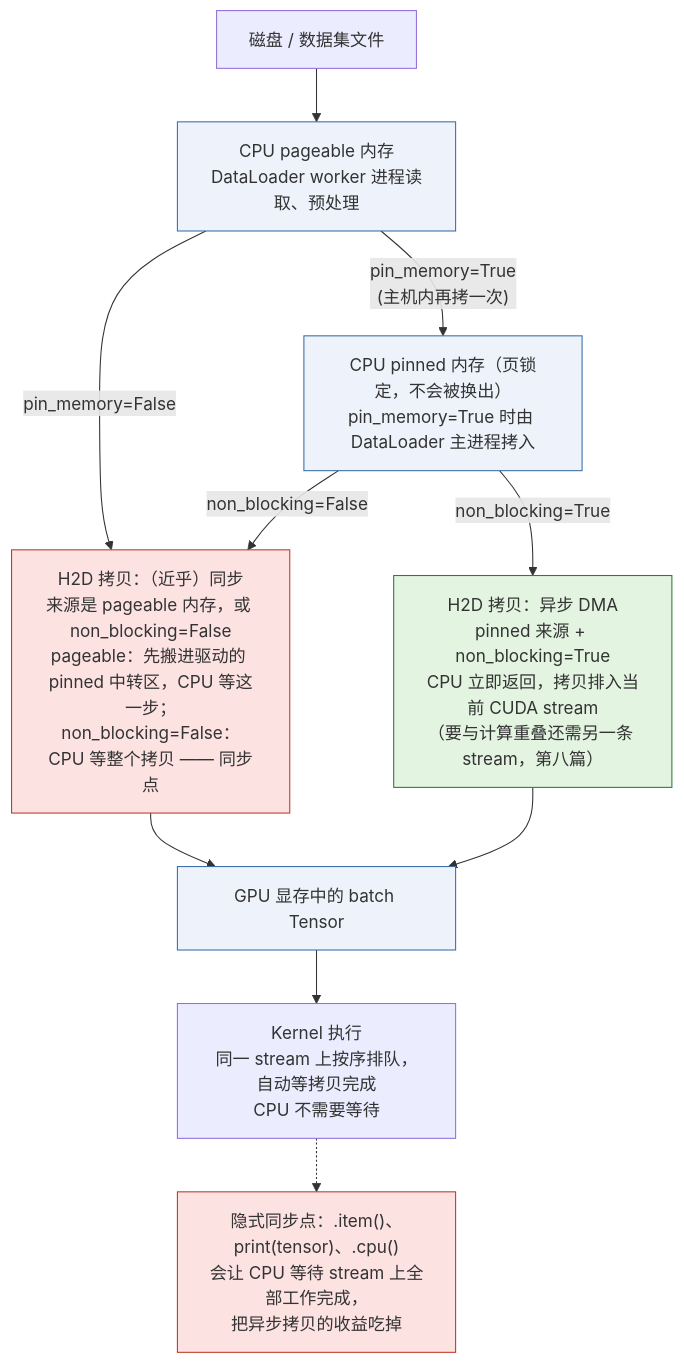
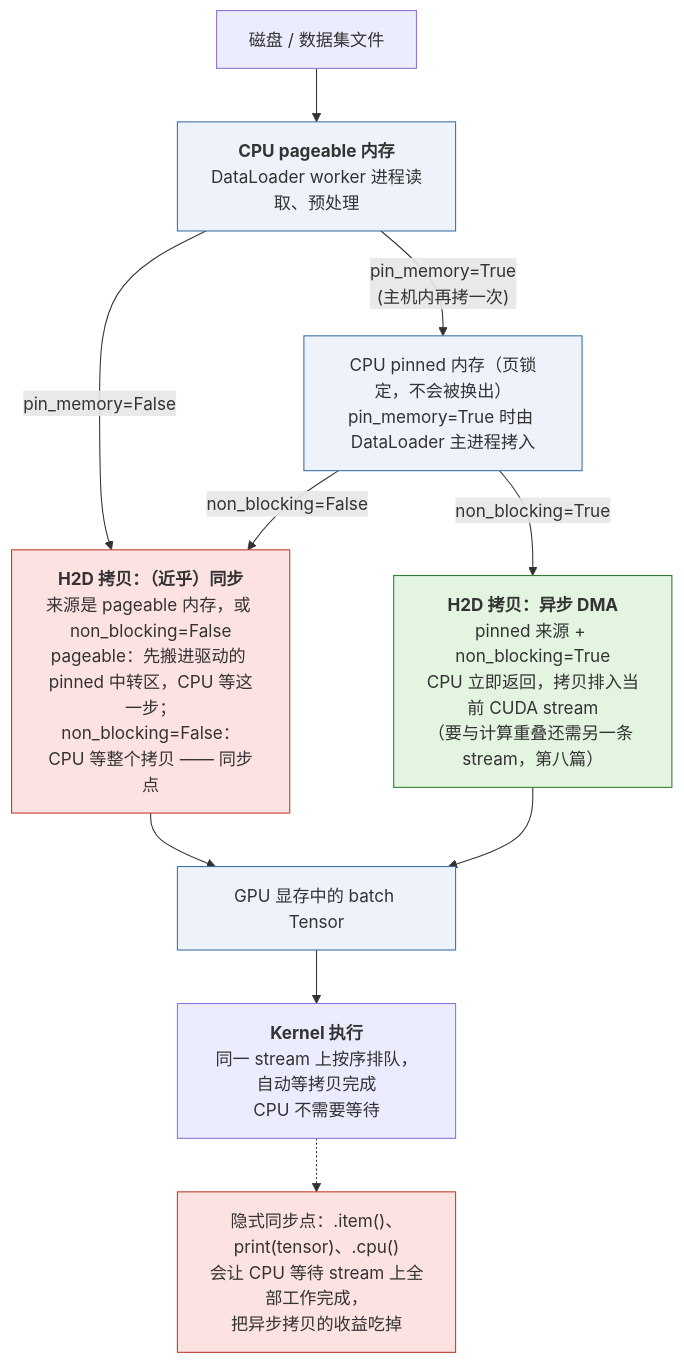
Before and after one commit to arganzheng/arganzheng.github.com: the second of 4 diagrams in _posts/2026-02-18-pytorch-tensor-and-memory-layout.md, drawn with Mermaid. The commit also changed other lines of this file and 10 other files, not shown here.

First line of the commit message:
PyTorch 深度实践：从 Tensor 到深度学习运行时：Mermaid 多行方框的首行标为标题（11 篇）

````diff
--- a/_posts/2026-02-18-pytorch-tensor-and-memory-layout.md
+++ b/_posts/2026-02-18-pytorch-tensor-and-memory-layout.md
@@ -811,29 +811,29 @@
 ```mermaid
 %% 图：CPU 到 GPU 的数据搬运：pin_memory 与 non_blocking 决定 H2D 拷贝是同步点还是异步 DMA
 flowchart TB
     DISK["磁盘 / 数据集文件"]
-    PAGE["CPU pageable 内存<br/>DataLoader worker 进程读取、预处理"]
+    PAGE["<b>CPU pageable 内存</b><br/>DataLoader worker 进程读取、预处理"]
     PIN["CPU pinned 内存（页锁定，不会被换出）<br/>pin_memory=True 时由 DataLoader 主进程拷入"]
-    H2D_SYNC["H2D 拷贝：（近乎）同步<br/>来源是 pageable 内存，或 non_blocking=False<br/>pageable：先搬进驱动的 pinned 中转区，CPU 等这一步；<br/>non_blocking=False：CPU 等整个拷贝 —— 同步点"]
-    H2D_ASYNC["H2D 拷贝：异步 DMA<br/>pinned 来源 + non_blocking=True<br/>CPU 立即返回，拷贝排入当前 CUDA stream<br/>（要与计算重叠还需另一条 stream，第八篇）"]
+    H2D_SYNC["<b>H2D 拷贝：（近乎）同步</b><br/>来源是 pageable 内存，或 non_blocking=False<br/>pageable：先搬进驱动的 pinned 中转区，CPU 等这一步；<br/>non_blocking=False：CPU 等整个拷贝 —— 同步点"]
+    H2D_ASYNC["<b>H2D 拷贝：异步 DMA</b><br/>pinned 来源 + non_blocking=True<br/>CPU 立即返回，拷贝排入当前 CUDA stream<br/>（要与计算重叠还需另一条 stream，第八篇）"]
     GPU["GPU 显存中的 batch Tensor"]
-    KERNEL["Kernel 执行<br/>同一 stream 上按序排队，自动等拷贝完成<br/>CPU 不需要等待"]
+    KERNEL["<b>Kernel 执行</b><br/>同一 stream 上按序排队，自动等拷贝完成<br/>CPU 不需要等待"]
     IMPLICIT["隐式同步点：.item()、print(tensor)、.cpu()<br/>会让 CPU 等待 stream 上全部工作完成，<br/>把异步拷贝的收益吃掉"]
 
     DISK --> PAGE
     PAGE -->|"pin_memory=True<br/>(主机内再拷一次)"| PIN
     PAGE -->|"pin_memory=False"| H2D_SYNC
     PIN -->|"non_blocking=False"| H2D_SYNC
     PIN -->|"non_blocking=True"| H2D_ASYNC
     H2D_SYNC --> GPU
     H2D_ASYNC --> GPU
     GPU --> KERNEL
     KERNEL -.-> IMPLICIT
 
     classDef sync fill:#fde2e2,stroke:#c0392b;
     classDef async fill:#e3f4e1,stroke:#2e7d32;
     classDef mem fill:#eef3fb,stroke:#3b6ea5;
     class H2D_SYNC,IMPLICIT sync;
     class H2D_ASYNC async;
     class PAGE,PIN,GPU mem;
 ```
````
